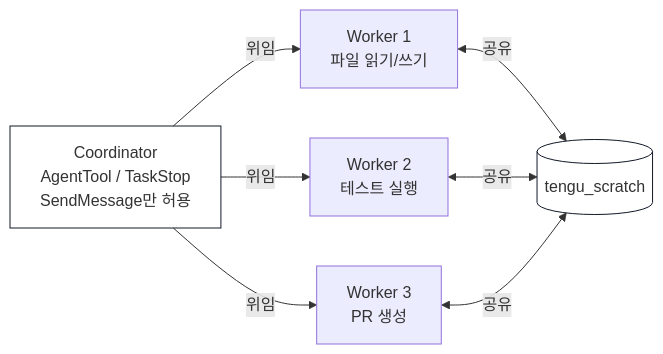
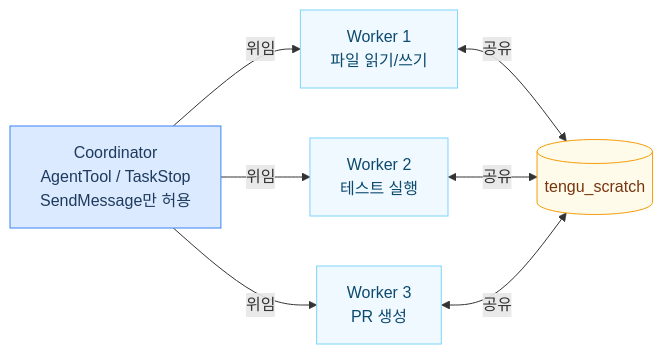
One commit to currenjin/currenjin.github.io changed the eighth of 9 diagrams in _wiki/claude-code.md. Above: the diagram before and after it, drawn with Mermaid. The commit also changed other lines of this file and 1 other file, not shown here.

Commit message:
style: Apply color-coded classDef and smooth curves to all diagrams

````diff
--- a/_wiki/claude-code.md
+++ b/_wiki/claude-code.md
@@ -448,13 +455,14 @@
 ```mermaid
 flowchart LR
-    C[Coordinator\nAgentTool / TaskStop\nSendMessage만 허용]
-    C -->|위임| W1[Worker 1\n파일 읽기/쓰기]
-    C -->|위임| W2[Worker 2\n테스트 실행]
-    C -->|위임| W3[Worker 3\nPR 생성]
-    W1 <-->|공유| S[(tengu_scratch)]
+    classDef coord fill:#DBEAFE,stroke:#3B82F6,color:#1e3a5f
+    classDef worker fill:#F0F9FF,stroke:#7DD3FC,color:#0c4a6e
+    classDef shared fill:#FFFBEB,stroke:#F59E0B,color:#78350f
+
+    C[Coordinator\nAgentTool / TaskStop\nSendMessage만 허용]:::coord
+    C -->|위임| W1[Worker 1\n파일 읽기/쓰기]:::worker
+    C -->|위임| W2[Worker 2\n테스트 실행]:::worker
+    C -->|위임| W3[Worker 3\nPR 생성]:::worker
+    W1 <-->|공유| S[(tengu_scratch)]:::shared
     W2 <-->|공유| S
     W3 <-->|공유| S
-
-    style C fill:transparent,stroke:#111827
-    style S fill:transparent,stroke:#111827
 ```
````
